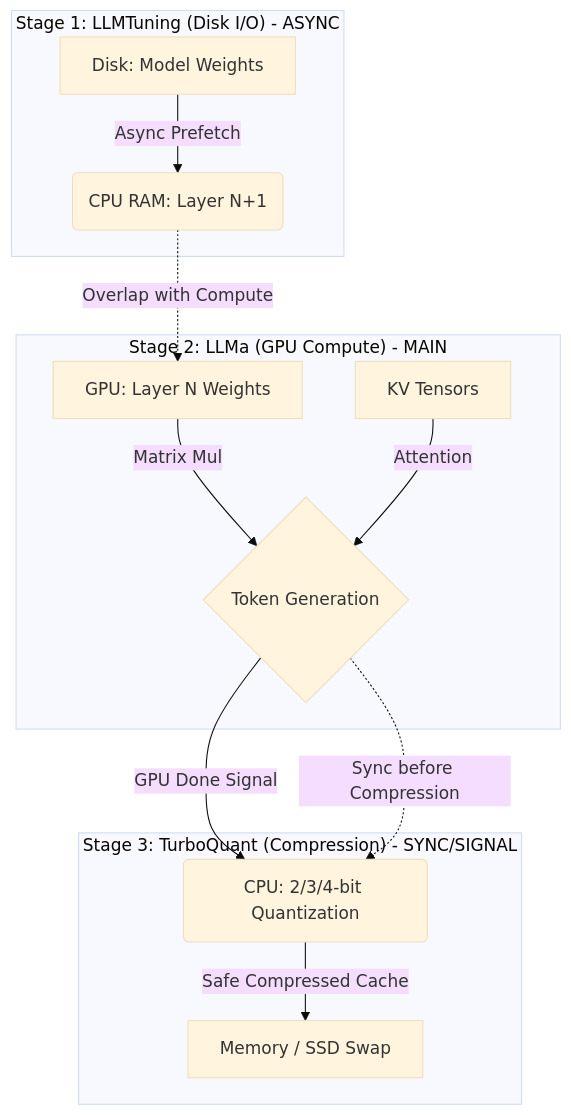
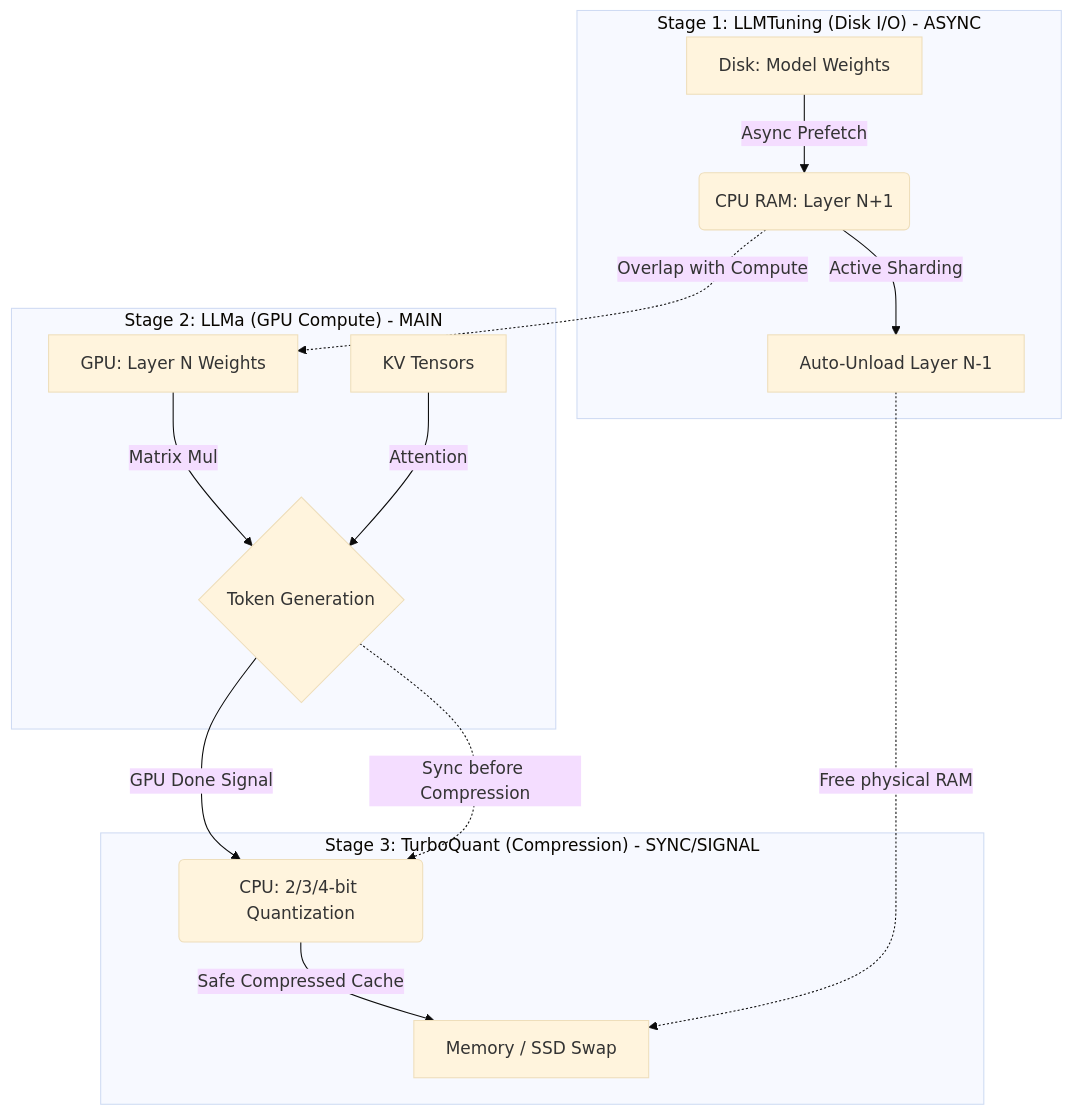
One commit to alicangnll/turboquant_plus changed the diagram in MAP.md. Above: the diagram before and after it, drawn with Mermaid (base theme). The commit also changed other lines of this file and 7 other files, not shown here.

First line of the commit message:
Active sharding, TQR cleanup & repack suppression

````diff
--- a/MAP.md
+++ b/MAP.md
@@ -9,19 +9,21 @@
 ```mermaid
 graph TD
     subgraph "Stage 1: LLMTuning (Disk I/O) - ASYNC"
         A[Disk: Model Weights] -->|Async Prefetch| B(CPU RAM: Layer N+1)
+        B -->|Active Sharding| H[Auto-Unload Layer N-1]
     end
 
     subgraph "Stage 2: LLMa (GPU Compute) - MAIN"
         C[GPU: Layer N Weights] -->|Matrix Mul| D{Token Generation}
         E[KV Tensors] -->|Attention| D
     end
 
     subgraph "Stage 3: TurboQuant (Compression) - SYNC/SIGNAL"
         D -->|GPU Done Signal| F(CPU: 2/3/4-bit Quantization)
         F -->|Safe Compressed Cache| G[Memory / SSD Swap]
     end
 
     B -.->|Overlap with Compute| C
     D -.->|Sync before Compression| F
+    H -.->|Free physical RAM| G
 ```
````
